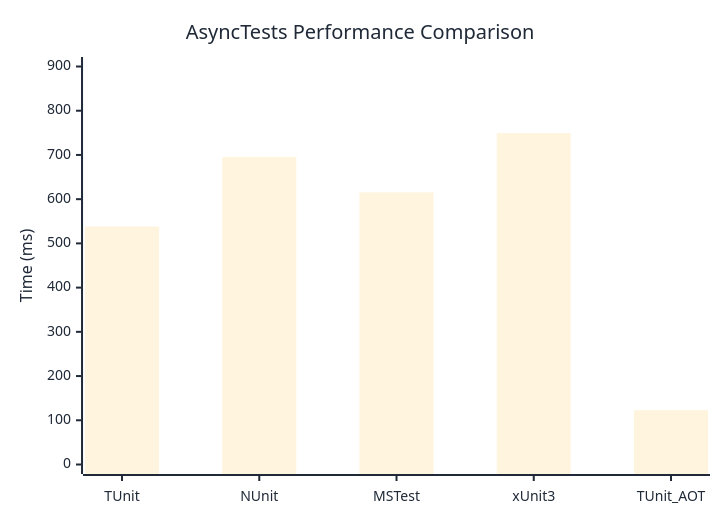
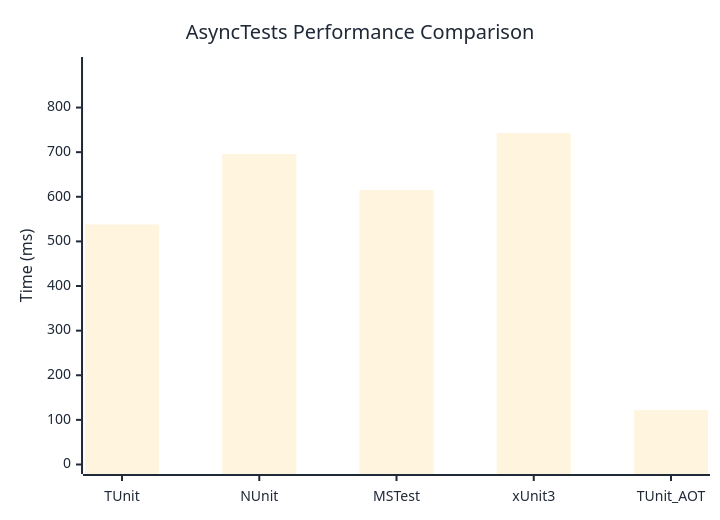
Before and after one commit to thomhurst/TUnit: the diagram in docs/docs/benchmarks/AsyncTests.md, drawn with Mermaid. The commit also changed other lines of this file and 17 other files, not shown here.

````diff
--- a/docs/docs/benchmarks/AsyncTests.md
+++ b/docs/docs/benchmarks/AsyncTests.md
@@ -27,37 +27,37 @@
 ```mermaid
 %%{init: {
   'theme':'base',
   'themeVariables': {
     'primaryColor': '#2563eb',
     'primaryTextColor': '#1f2937',
     'primaryBorderColor': '#1e40af',
     'lineColor': '#6b7280',
     'secondaryColor': '#7c3aed',
     'tertiaryColor': '#dc2626',
     'background': '#ffffff',
     'mainBkg': '#2563eb',
     'secondBkg': '#7c3aed',
     'tertiaryBkg': '#dc2626',
     'clusterBkg': '#f3f4f6',
     'edgeLabelBackground': '#ffffff',
     'tertiaryTextColor': '#1f2937',
     'pie1': '#2563eb',
     'pie2': '#7c3aed',
     'pie3': '#dc2626',
     'pie4': '#f59e0b',
     'pie5': '#10b981',
     'pie6': '#06b6d4',
     'pie7': '#ec4899',
     'pie8': '#6366f1',
     'pie9': '#84cc16',
     'pie10': '#f97316',
     'pie11': '#14b8a6',
     'pie12': '#a855f7'
   }
 }}%%
 xychart-beta
   title "AsyncTests Performance Comparison"
   x-axis ["TUnit", "NUnit", "MSTest", "xUnit3", "TUnit_AOT"]
-  y-axis "Time (ms)" 0 --> 900
-  bar [538, 695.5, 615.5, 749.3, 122.9]
+  y-axis "Time (ms)" 0 --> 892
+  bar [538, 695.9, 615.1, 742.7, 122.2]
 ```
````
